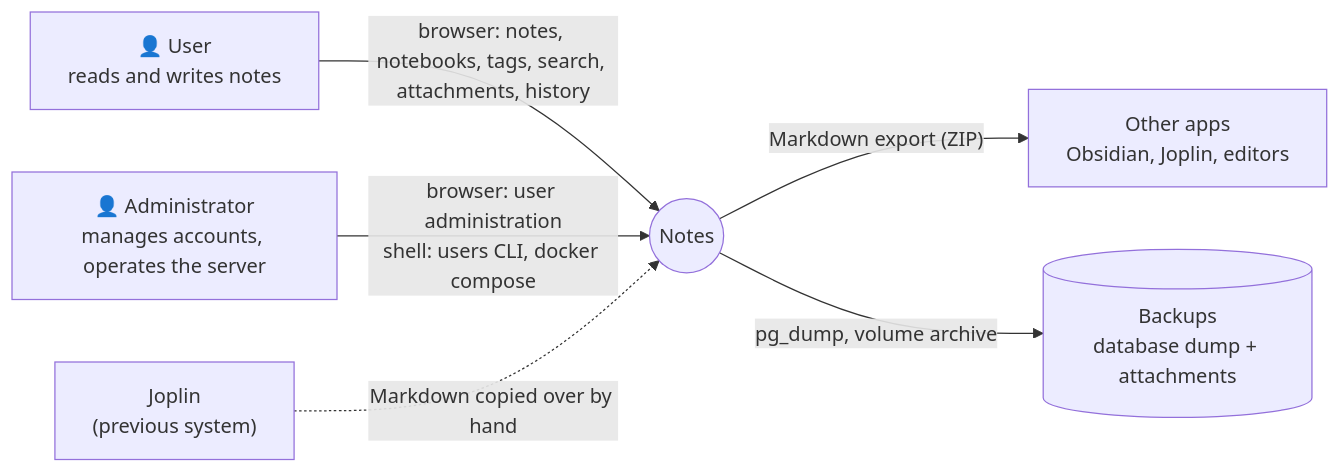
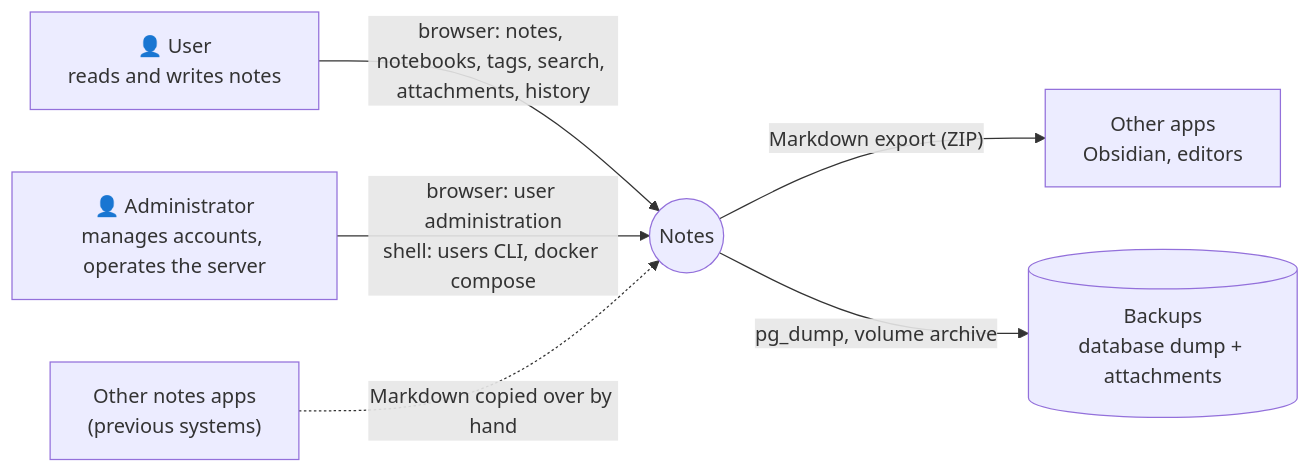
Before and after one commit to KamiNeko/notes: the first of 2 diagrams in docs/architecture/03-context-and-scope.md, drawn with Mermaid. The commit also changed other lines of this file and 27 other files, not shown here.

````diff
--- a/docs/architecture/03-context-and-scope.md
+++ b/docs/architecture/03-context-and-scope.md
@@ -5,14 +5,14 @@
 ```mermaid
 flowchart LR
     U["👤 User<br/>reads and writes notes"]
     A["👤 Administrator<br/>manages accounts, operates the server"]
     N(("Notes"))
     B[("Backups<br/>database dump + attachments")]
-    O["Other apps<br/>Obsidian, Joplin, editors"]
-    J["Joplin<br/>(previous system)"]
+    O["Other apps<br/>Obsidian, editors"]
+    J["Other notes apps<br/>(previous systems)"]
     U -->|"browser: notes, notebooks, tags, search, attachments, history"| N
     A -->|"browser: user administration<br/>shell: users CLI, docker compose"| N
     N -->|"Markdown export (ZIP)"| O
     J -.->|"Markdown copied over by hand"| N
     N -->|"pg_dump, volume archive"| B
 ```
````
